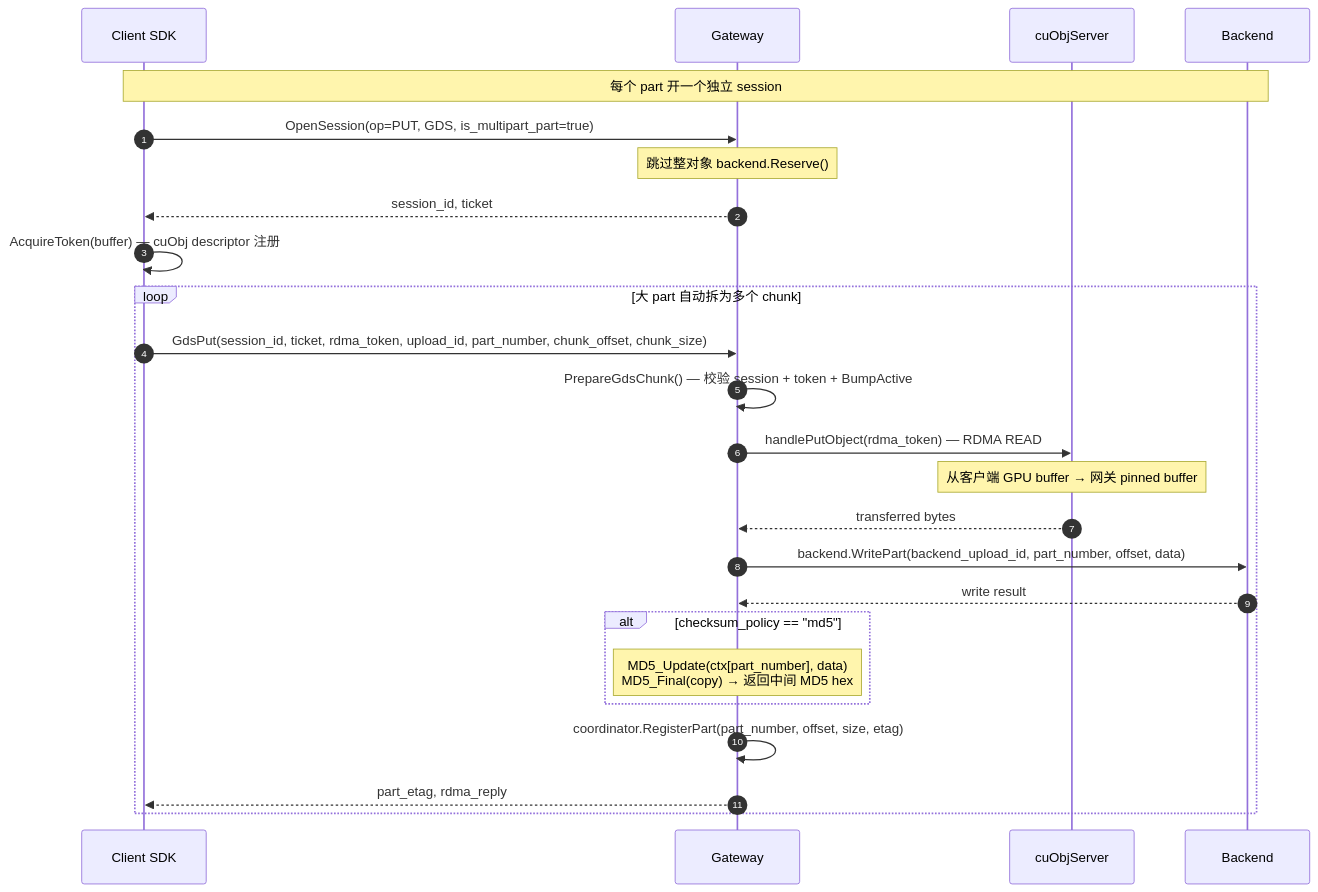
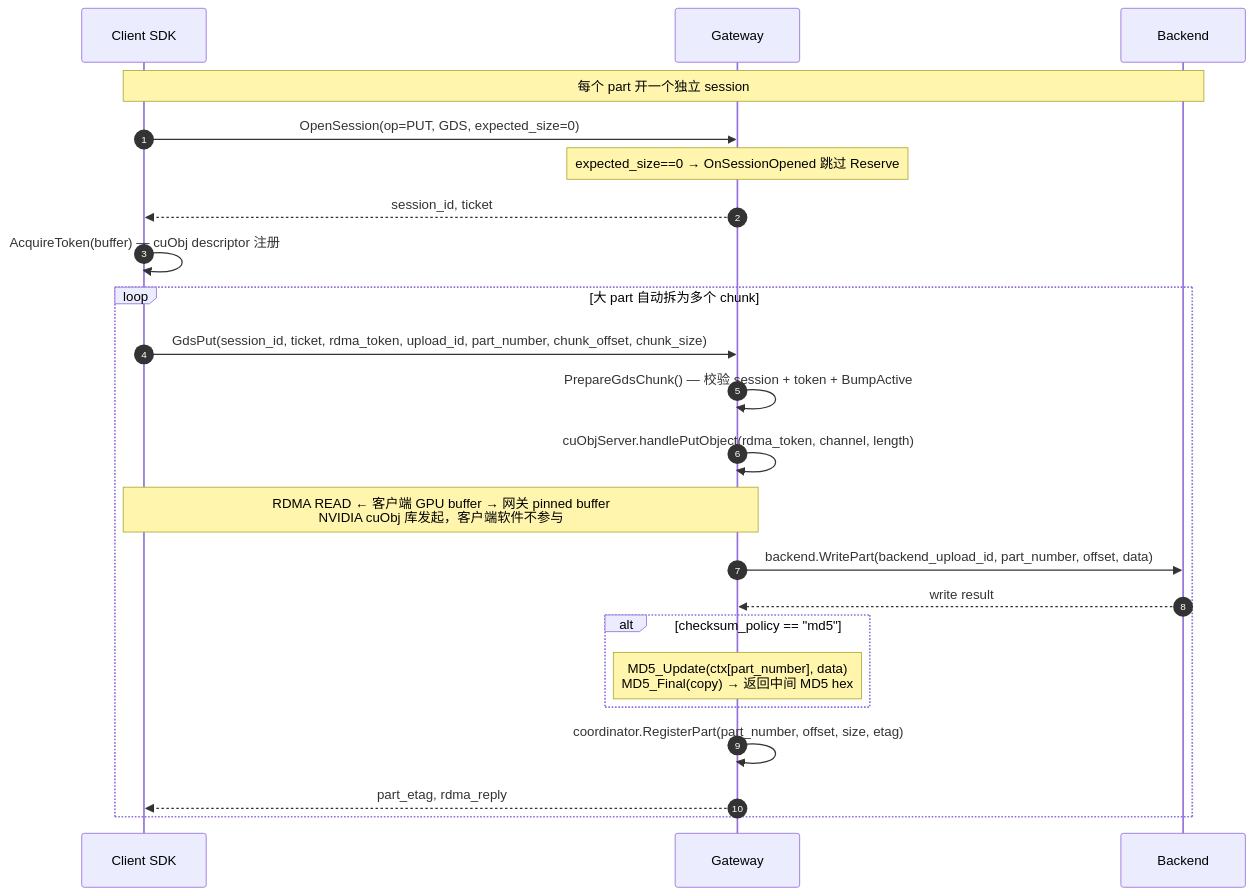
The second of 8 diagrams in docs/architecture.md (Starlight15/Us3TurboAccess), drawn with Mermaid before and after one commit. The commit also changed other lines of this file, not shown here.

````diff
--- a/docs/architecture.md
+++ b/docs/architecture.md
@@ -318,30 +318,28 @@
 ```mermaid
 sequenceDiagram
     autonumber
     participant SDK as Client SDK
     participant GW as Gateway
-    participant cuObj as cuObjServer
     participant BE as Backend
 
     Note over SDK,BE: 每个 part 开一个独立 session
-    SDK->>GW: OpenSession(op=PUT, GDS, is_multipart_part=true)
-    Note over GW: 跳过整对象 backend.Reserve()
+    SDK->>GW: OpenSession(op=PUT, GDS, expected_size=0)
+    Note over GW: expected_size==0 → OnSessionOpened 跳过 Reserve
     GW-->>SDK: session_id, ticket
 
     SDK->>SDK: AcquireToken(buffer) — cuObj descriptor 注册
 
     loop 大 part 自动拆为多个 chunk
         SDK->>GW: GdsPut(session_id, ticket, rdma_token, upload_id, part_number, chunk_offset, chunk_size)
         GW->>GW: PrepareGdsChunk() — 校验 session + token + BumpActive
-        GW->>cuObj: handlePutObject(rdma_token) — RDMA READ
-        Note over cuObj: 从客户端 GPU buffer → 网关 pinned buffer
-        cuObj-->>GW: transferred bytes
+        GW->>GW: cuObjServer.handlePutObject(rdma_token, channel, length)
+        Note over GW,SDK: RDMA READ ← 客户端 GPU buffer → 网关 pinned buffer<br/>NVIDIA cuObj 库发起，客户端软件不参与
         GW->>BE: backend.WritePart(backend_upload_id, part_number, offset, data)
         BE-->>GW: write result
         alt checksum_policy == "md5"
             Note over GW: MD5_Update(ctx[part_number], data)<br/>MD5_Final(copy) → 返回中间 MD5 hex
         end
         GW->>GW: coordinator.RegisterPart(part_number, offset, size, etag)
         GW-->>SDK: part_etag, rdma_reply
     end
 ```
````
